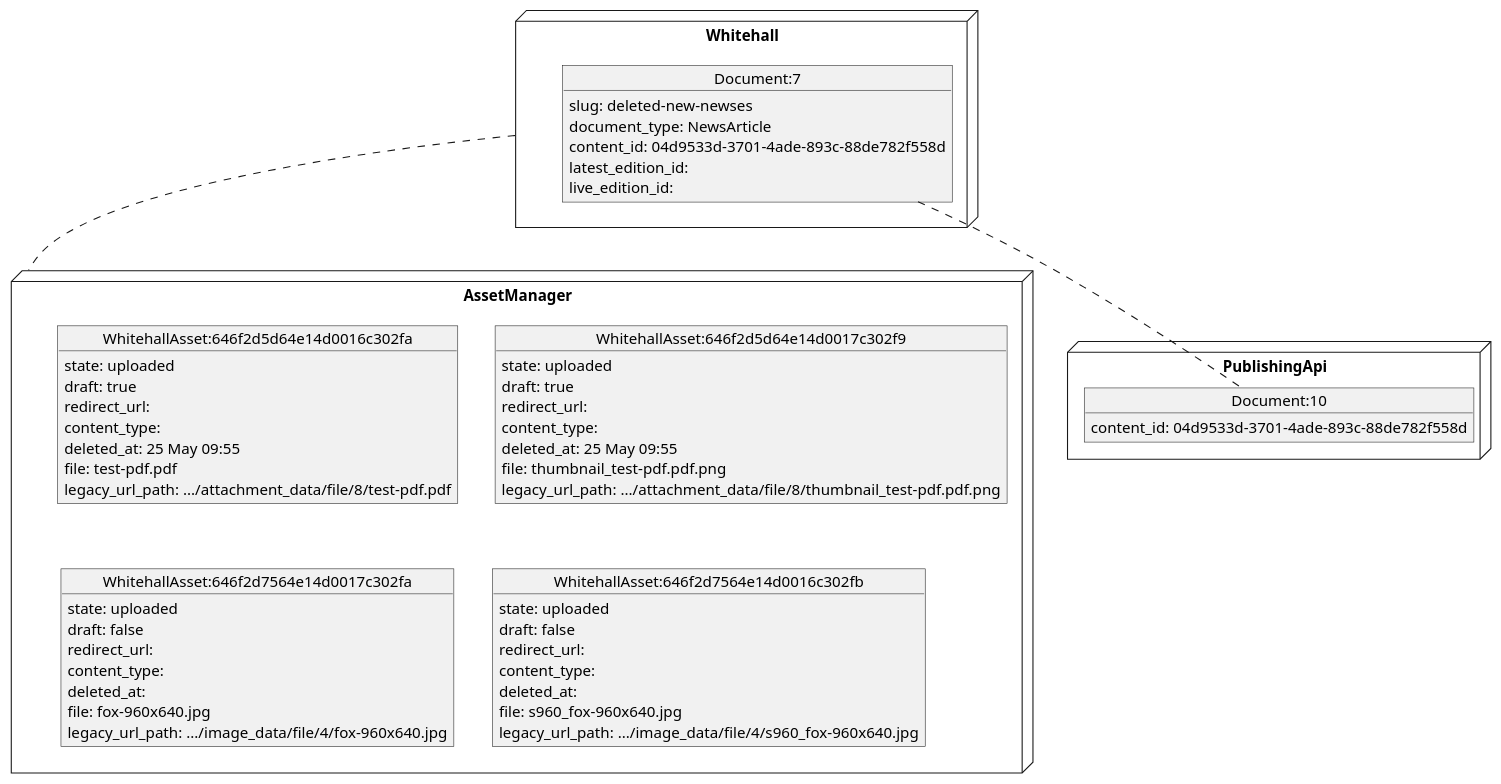
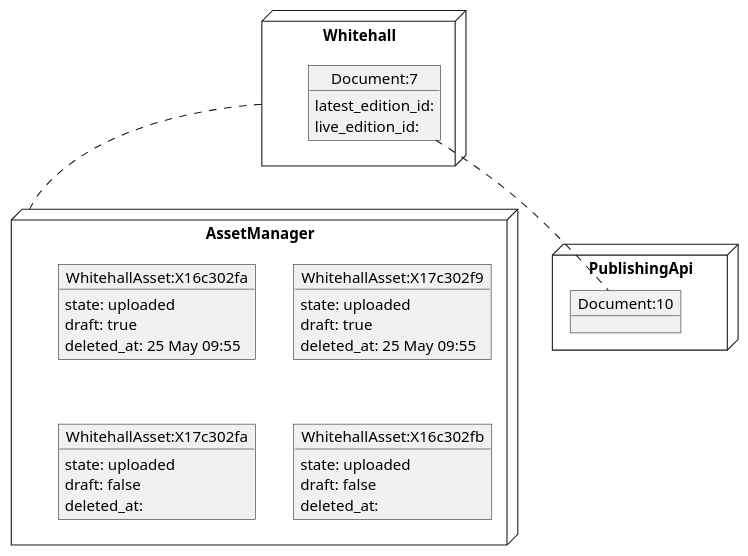
Before and after one commit to alphagov/whitehall: the diagram in docs/diagrams/asset_management/asset_scenarios/unpublish_doc_with_attachments/2_delete_draft.puml, drawn with PlantUML. The commit also changed 16 other files, not shown here.

```diff
--- a/docs/diagrams/asset_management/asset_scenarios/unpublish_doc_with_attachments/2_delete_draft.puml
+++ b/docs/diagrams/asset_management/asset_scenarios/unpublish_doc_with_attachments/2_delete_draft.puml
@@ -1,69 +1,47 @@
 @startuml
 node Whitehall {
 object "Document:7" as Document_7 {
-  slug: deleted-new-newses
-  document_type: NewsArticle
-  content_id: 04d9533d-3701-4ade-893c-88de782f558d
   latest_edition_id:
   live_edition_id:
 }
 }
 
 
 
 node PublishingApi {
 object "Document:10" as pubapi_Document_10 {
-  content_id: 04d9533d-3701-4ade-893c-88de782f558d
 }
 }
 
 
 
 node AssetManager {
-object "WhitehallAsset:646f2d5d64e14d0016c302fa" as am_WhitehallAsset_646f2d5d64e14d0016c302fa {
+object "WhitehallAsset:X16c302fa" as am_WhitehallAsset_X16c302fa {
   state: uploaded
   draft: true
-  redirect_url:
-  content_type:
   deleted_at: 25 May 09:55
-  file: test-pdf.pdf
-  legacy_url_path: .../attachment_data/file/8/test-pdf.pdf
 }
-object "WhitehallAsset:646f2d5d64e14d0017c302f9" as am_WhitehallAsset_646f2d5d64e14d0017c302f9 {
+object "WhitehallAsset:X17c302f9" as am_WhitehallAsset_X17c302f9 {
   state: uploaded
   draft: true
-  redirect_url:
-  content_type:
   deleted_at: 25 May 09:55
-  file: thumbnail_test-pdf.pdf.png
-  legacy_url_path: .../attachment_data/file/8/thumbnail_test-pdf.pdf.png
 }
 }
 
 node AssetManager {
-object "WhitehallAsset:646f2d7564e14d0017c302fa" as am_WhitehallAsset_646f2d7564e14d0017c302fa {
+object "WhitehallAsset:X17c302fa" as am_WhitehallAsset_X17c302fa {
   state: uploaded
   draft: false
-  redirect_url:
-  content_type:
   deleted_at:
-  file: fox-960x640.jpg
-  legacy_url_path: .../image_data/file/4/fox-960x640.jpg
 }
-object "WhitehallAsset:646f2d7564e14d0016c302fb" as am_WhitehallAsset_646f2d7564e14d0016c302fb {
+object "WhitehallAsset:X16c302fb" as am_WhitehallAsset_X16c302fb {
   state: uploaded
   draft: false
-  redirect_url:
-  content_type:
   deleted_at:
-  file: s960_fox-960x640.jpg
-  legacy_url_path: .../image_data/file/4/s960_fox-960x640.jpg
 }
 }
-
-
 
 Document_7 .. pubapi_Document_10
 Whitehall .. AssetManager
 
 @enduml
```
